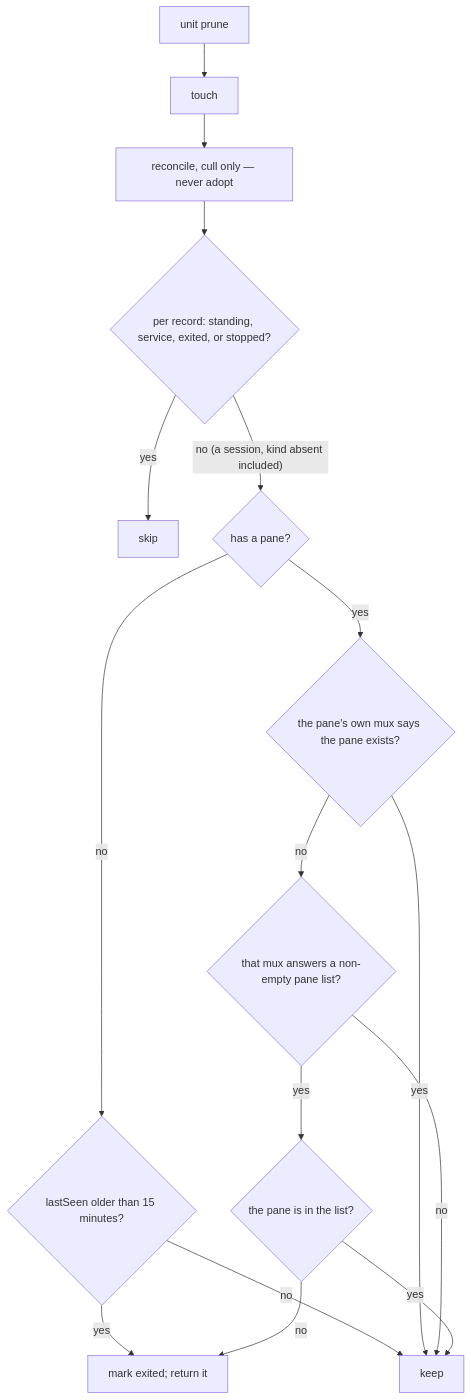
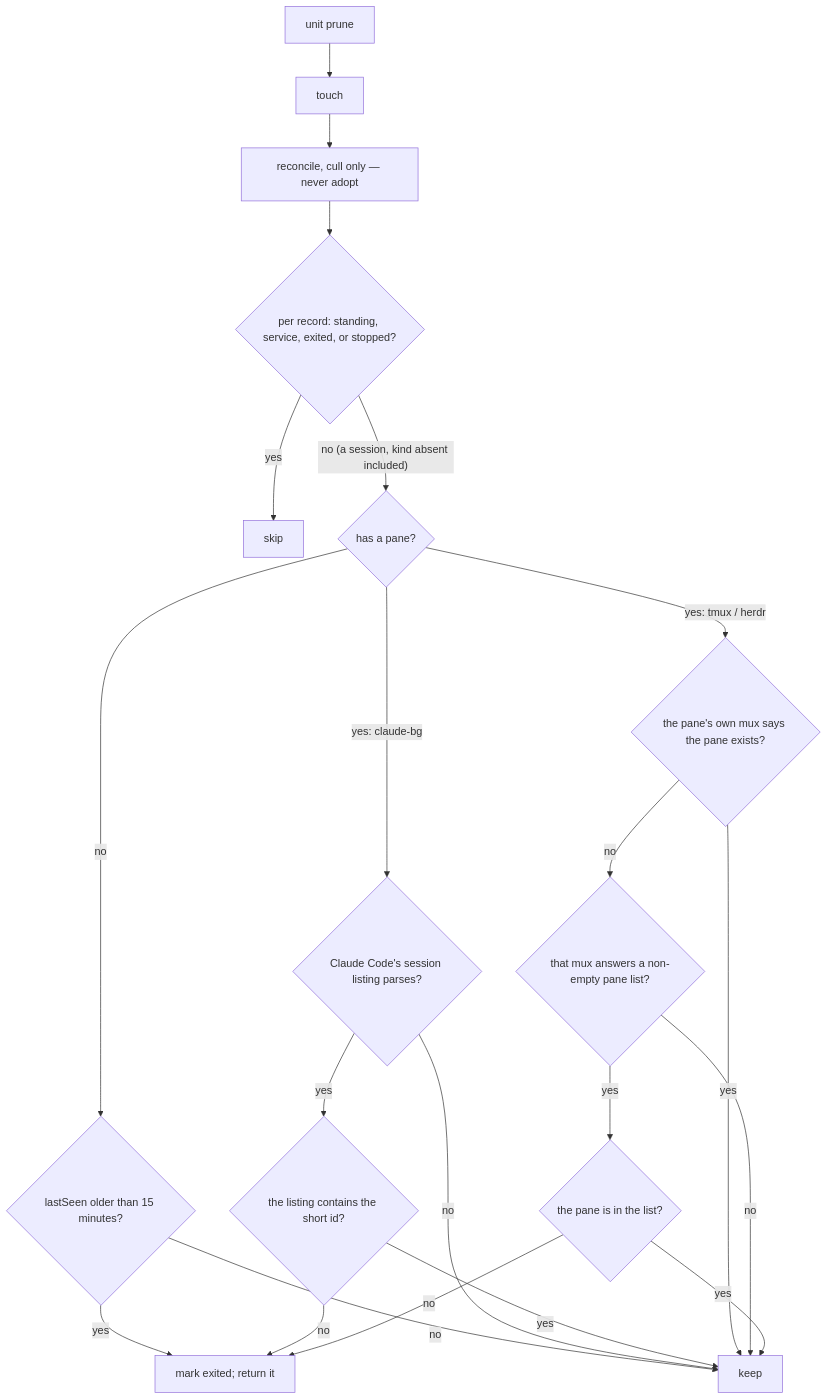
One commit to cyberuni/cyberlegion changed the ninth of 13 diagrams in packages/cyberlegion/.agents/spec/unit/registry/README.md. Above: the diagram before and after it, drawn with Mermaid. The commit also changed other lines of this file and 14 other files, not shown here.

````diff
--- a/packages/cyberlegion/.agents/spec/unit/registry/README.md
+++ b/packages/cyberlegion/.agents/spec/unit/registry/README.md
@@ -536,18 +548,23 @@
 ```mermaid
 graph TD
   PR0["unit prune"] --> PR1["touch"]
   PR1 --> PR2["reconcile, cull only — never adopt"]
   PR2 --> PR3{"per record: standing, service, exited, or stopped?"}
   PR3 -- yes --> PR3S["skip"]
   PR3 -- "no (a session, kind absent included)" --> PR4{"has a pane?"}
   PR4 -- no --> PR5{"lastSeen older than 15 minutes?"}
   PR5 -- yes --> PRX["mark exited; return it"]
   PR5 -- no --> PRK["keep"]
-  PR4 -- yes --> PR6{"the pane's own mux says the pane exists?"}
+  PR4 -- "yes: claude-bg" --> PB1{"Claude Code's session listing parses?"}
+  PB1 -- no --> PRK
+  PB1 -- yes --> PB2{"the listing contains the short id?"}
+  PB2 -- yes --> PRK
+  PB2 -- no --> PRX
+  PR4 -- "yes: tmux / herdr" --> PR6{"the pane's own mux says the pane exists?"}
   PR6 -- yes --> PRK
   PR6 -- no --> PR7{"that mux answers a non-empty pane list?"}
   PR7 -- no --> PRK
   PR7 -- yes --> PR8{"the pane is in the list?"}
   PR8 -- yes --> PRK
   PR8 -- no --> PRX
 ```
````
